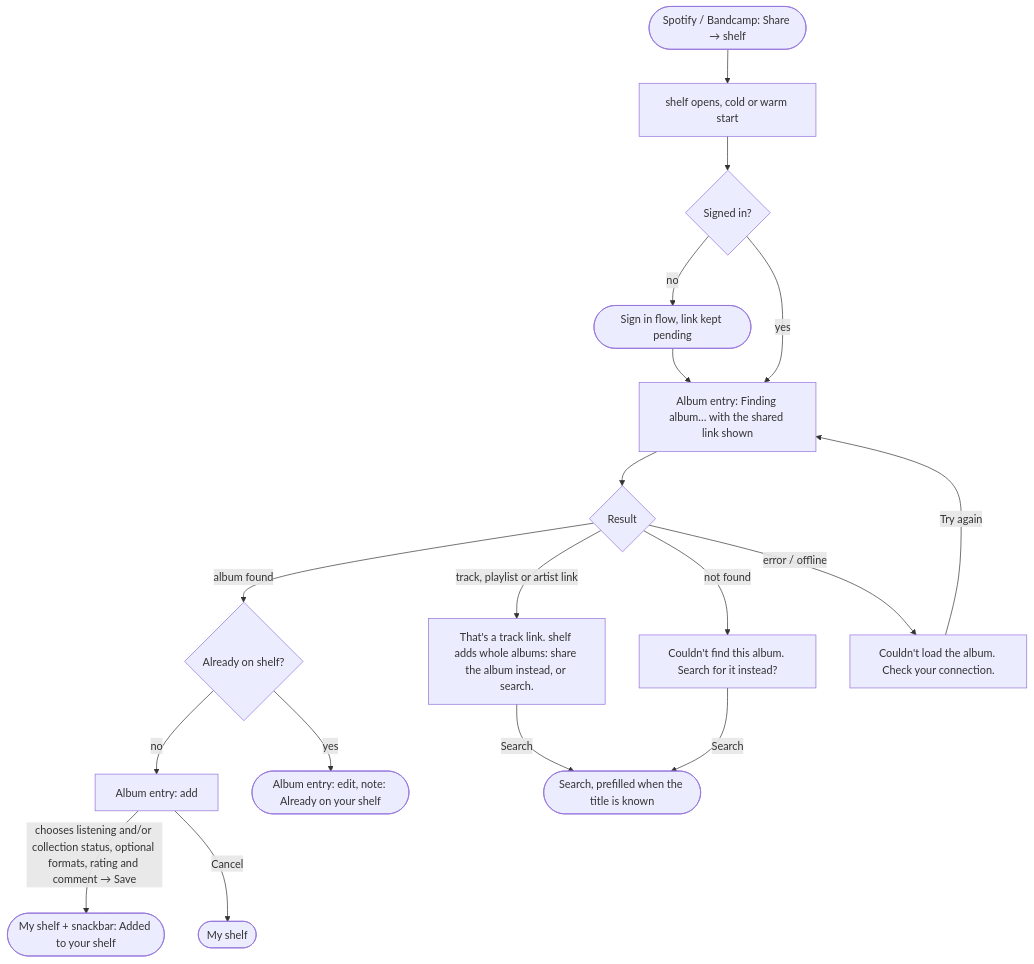
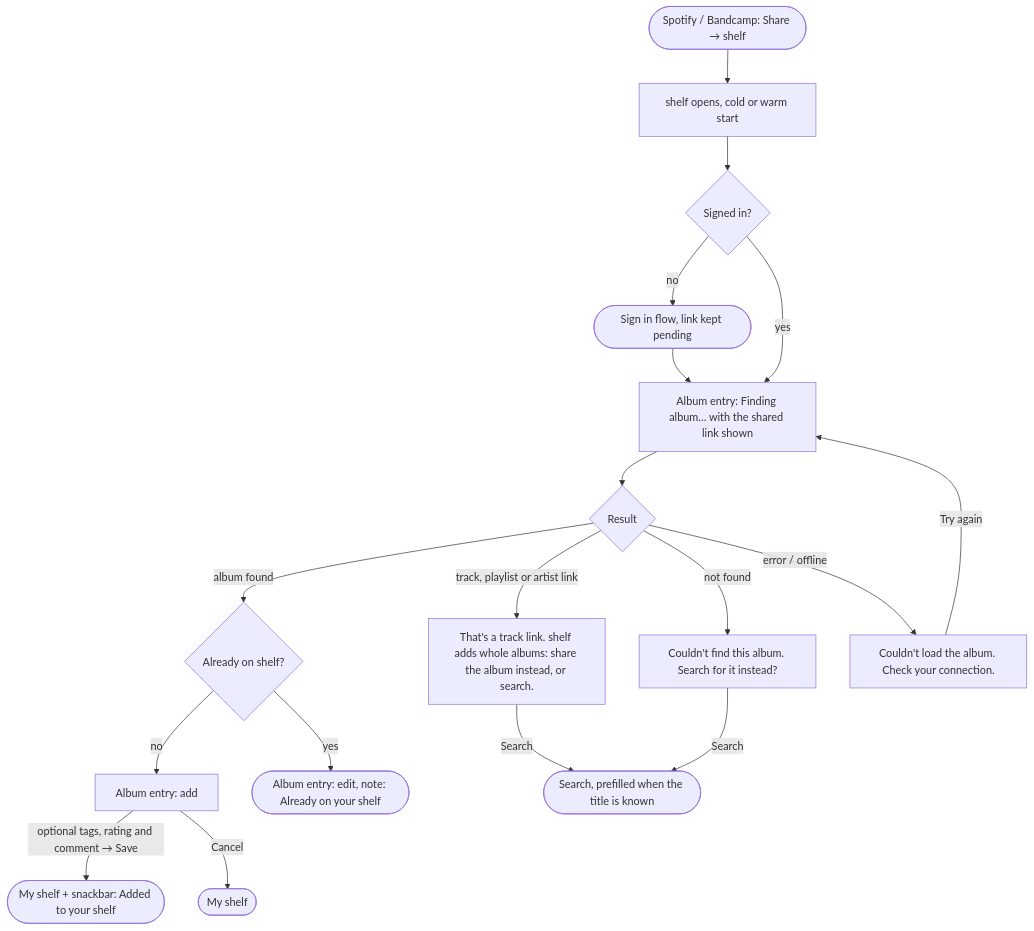
The third of 8 diagrams in docs/design/flows.md (Schwub/shelf), drawn with Mermaid before and after one commit. The commit also changed other lines of this file and 9 other files, not shown here.

````diff
--- a/docs/design/flows.md
+++ b/docs/design/flows.md
@@ -65,16 +66,16 @@
 ```mermaid
 flowchart TD
   ext([Spotify / Bandcamp: Share → shelf]) --> app[shelf opens, cold or warm start]
   app --> session{Signed in?}
   session -- no --> signin([Sign in flow, link kept pending]) --> resolving
   session -- yes --> resolving[Album entry: Finding album… with the shared link shown]
   resolving --> kind{Result}
   kind -- album found --> onshelf{Already on shelf?}
   onshelf -- no --> add[Album entry: add]
   onshelf -- yes --> edit([Album entry: edit, note: Already on your shelf])
   kind -- track, playlist or artist link --> notAlbum[That's a track link. shelf adds whole albums: share the album instead, or search.] -- Search --> search([Search, prefilled when the title is known])
   kind -- not found --> notFound[Couldn't find this album. Search for it instead?] -- Search --> search
   kind -- error / offline --> err[Couldn't load the album. Check your connection.] -- Try again --> resolving
-  add -- chooses listening and/or collection status, optional formats, rating and comment → Save --> done([My shelf + snackbar: Added to your shelf])
+  add -- optional tags, rating and comment → Save --> done([My shelf + snackbar: Added to your shelf])
   add -- Cancel --> shelf([My shelf])
 ```
````
